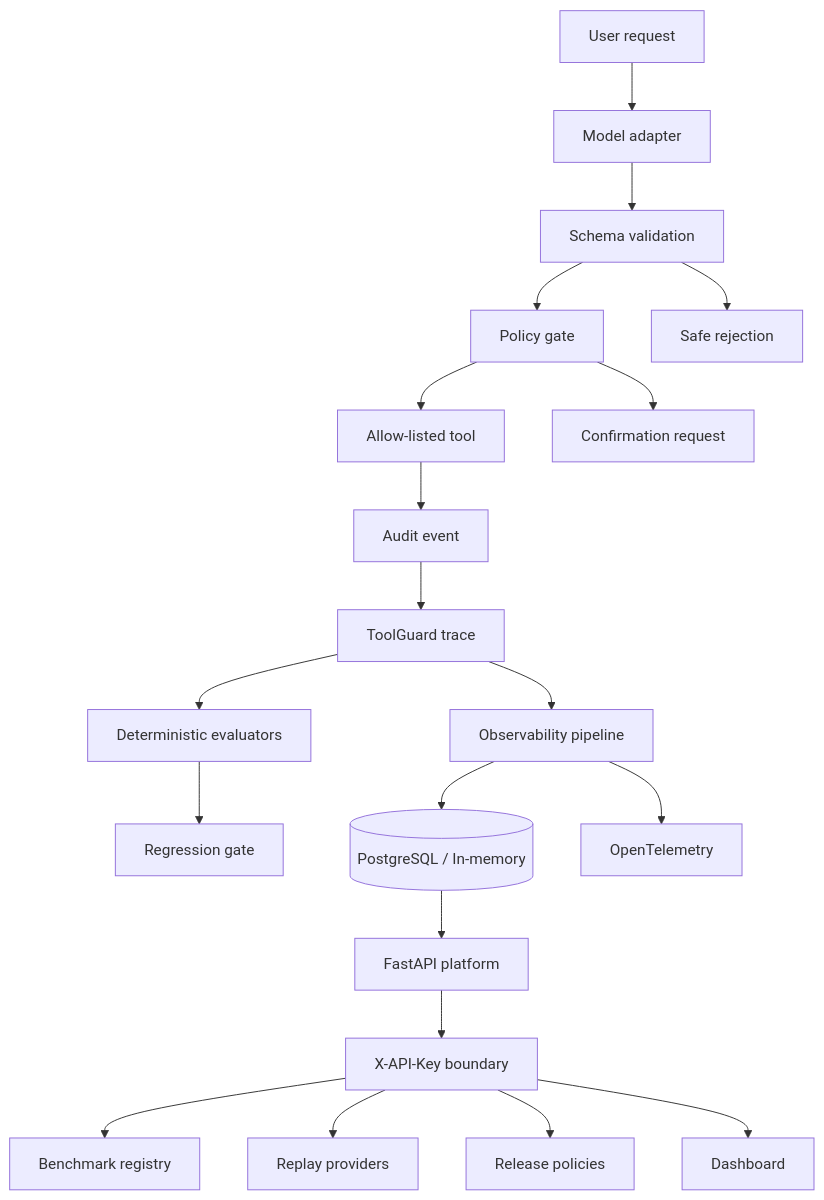
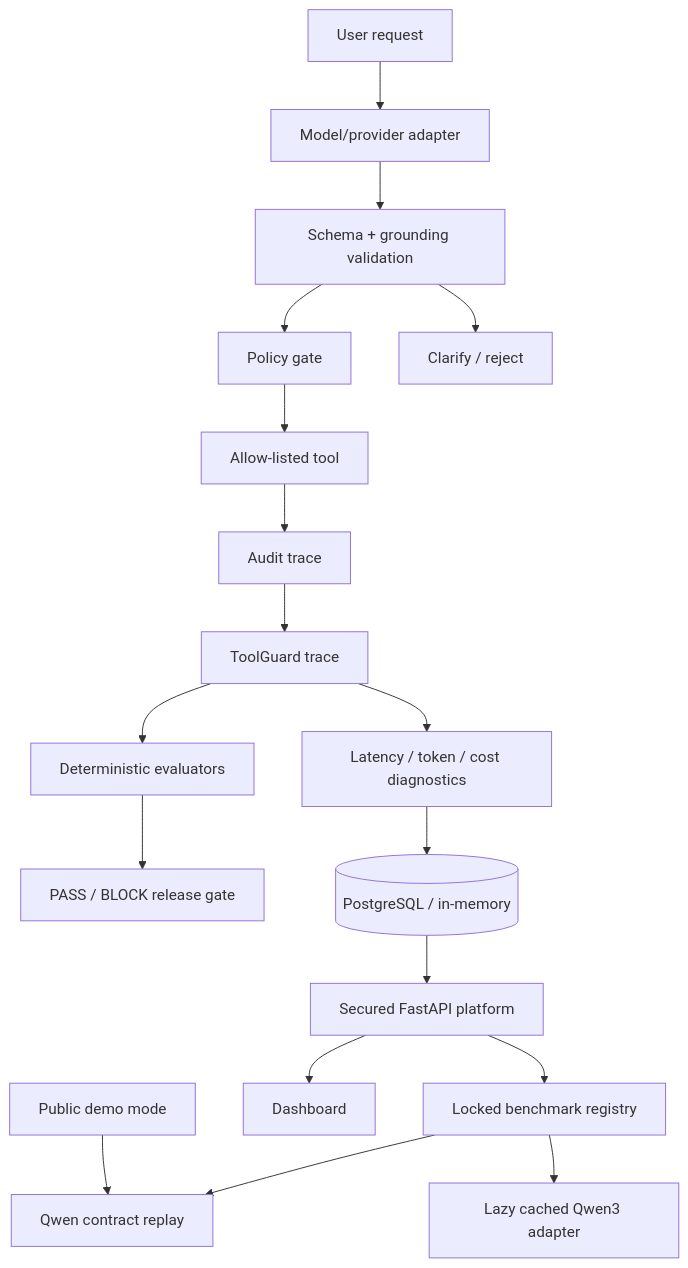
Before and after one commit to zubairz4far/evaluated-order-support-agent: the diagram in README.md, drawn with Mermaid. The commit also changed other lines of this file and 12 other files, not shown here.

First line of the commit message:
feat: release ToolGuard v1.0 agent reliability platform

````diff
--- a/README.md
+++ b/README.md
@@ -163,22 +190,20 @@
 ```mermaid
 flowchart TD
-    U[User request] --> M[Model adapter]
-    M --> V[Schema validation]
+    U[User request] --> M[Model/provider adapter]
+    M --> V[Schema + grounding validation]
     V --> P[Policy gate]
     P --> T[Allow-listed tool]
-    T --> A[Audit event]
-    P --> C[Confirmation request]
-    V --> R[Safe rejection]
+    T --> A[Audit trace]
+    V --> R[Clarify / reject]
     A --> G[ToolGuard trace]
     G --> E[Deterministic evaluators]
-    E --> Q[Regression gate]
-    G --> O[Observability pipeline]
-    O --> DB[(PostgreSQL / In-memory)]
-    O --> OT[OpenTelemetry]
-    DB --> API[FastAPI platform]
-    API --> AUTH[X-API-Key boundary]
-    AUTH --> BR[Benchmark registry]
-    AUTH --> RP[Replay providers]
-    AUTH --> REL[Release policies]
-    AUTH --> UI[Dashboard]
+    E --> REL[PASS / BLOCK release gate]
+    G --> O[Latency / token / cost diagnostics]
+    O --> DB[(PostgreSQL / in-memory)]
+    DB --> API[Secured FastAPI platform]
+    API --> B[Locked benchmark registry]
+    B --> C[Qwen contract replay]
+    B --> Q[Lazy cached Qwen3 adapter]
+    API --> UI[Dashboard]
+    DEMO[Public demo mode] --> C
 ```
````
